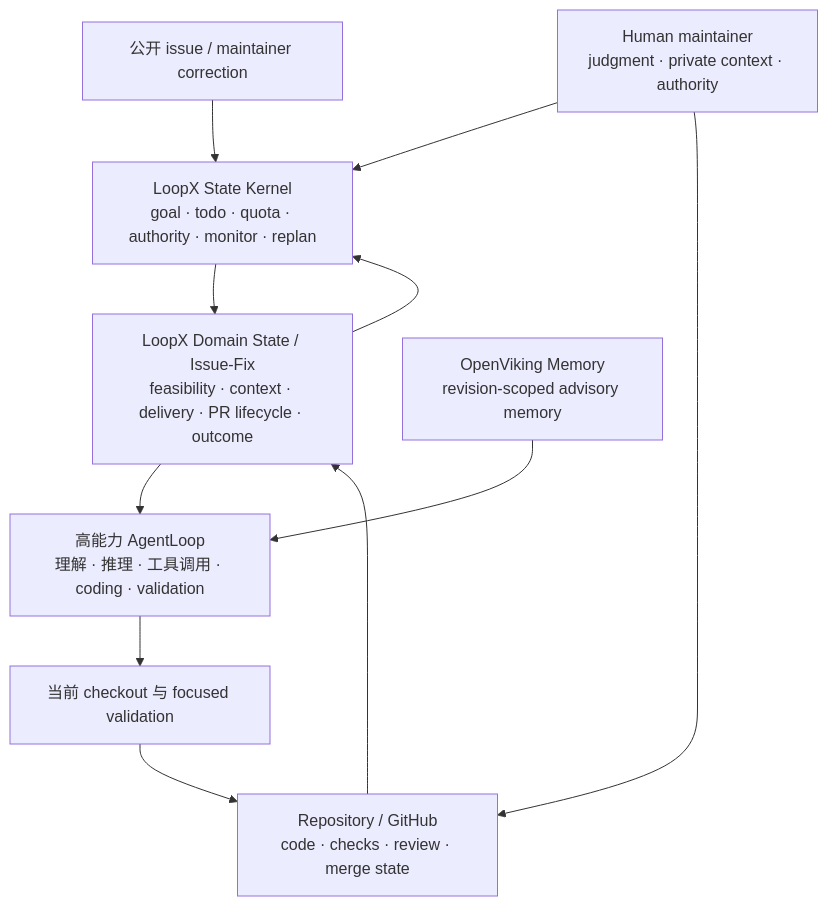
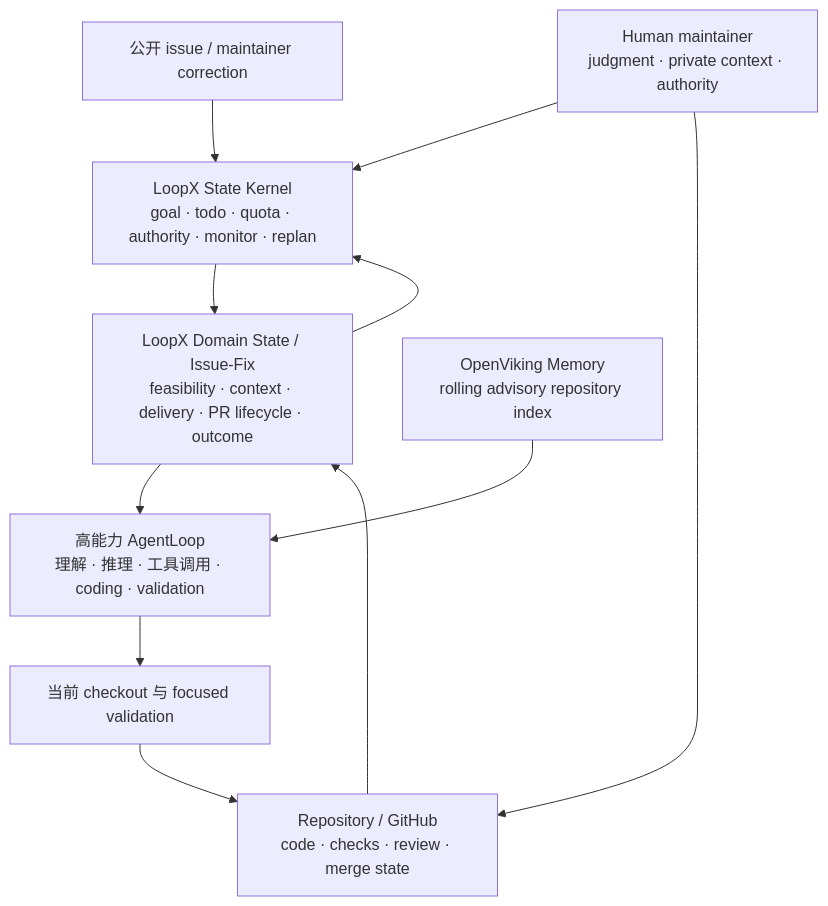
The first of 2 diagrams in docs/capabilities/issue-fix/README.zh-CN.md (huangruiteng/goal-harness), drawn with Mermaid before and after one commit. The commit also changed other lines of this file and 6 other files, not shown here.

Commit message:
Simplify repository context to rolling indexes (#1906)

````diff
--- a/docs/capabilities/issue-fix/README.zh-CN.md
+++ b/docs/capabilities/issue-fix/README.zh-CN.md
@@ -52,13 +52,13 @@
 ```mermaid
 flowchart TB
   U["公开 issue / maintainer correction"] --> K["LoopX State Kernel<br/>goal · todo · quota · authority · monitor · replan"]
   K --> D["LoopX Domain State / Issue-Fix<br/>feasibility · context · delivery · PR lifecycle · outcome"]
   D --> A["高能力 AgentLoop<br/>理解 · 推理 · 工具调用 · coding · validation"]
-  M["OpenViking Memory<br/>revision-scoped advisory memory"] --> A
+  M["OpenViking Memory<br/>rolling advisory repository index"] --> A
   A --> C["当前 checkout 与 focused validation"]
   C --> G["Repository / GitHub<br/>code · checks · review · merge state"]
   G --> D
   D --> K
   H["Human maintainer<br/>judgment · private context · authority"] --> K
   H --> G
 ```
````
